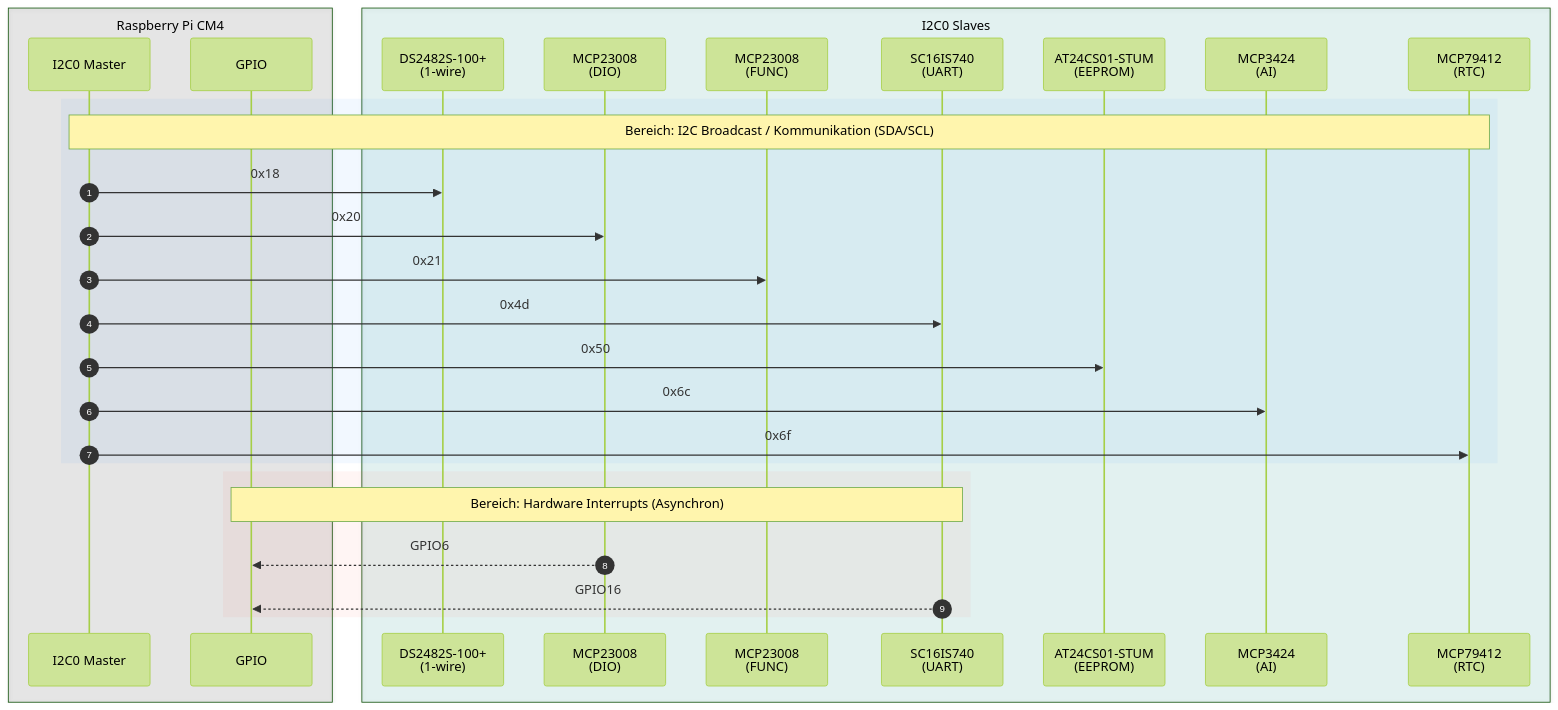
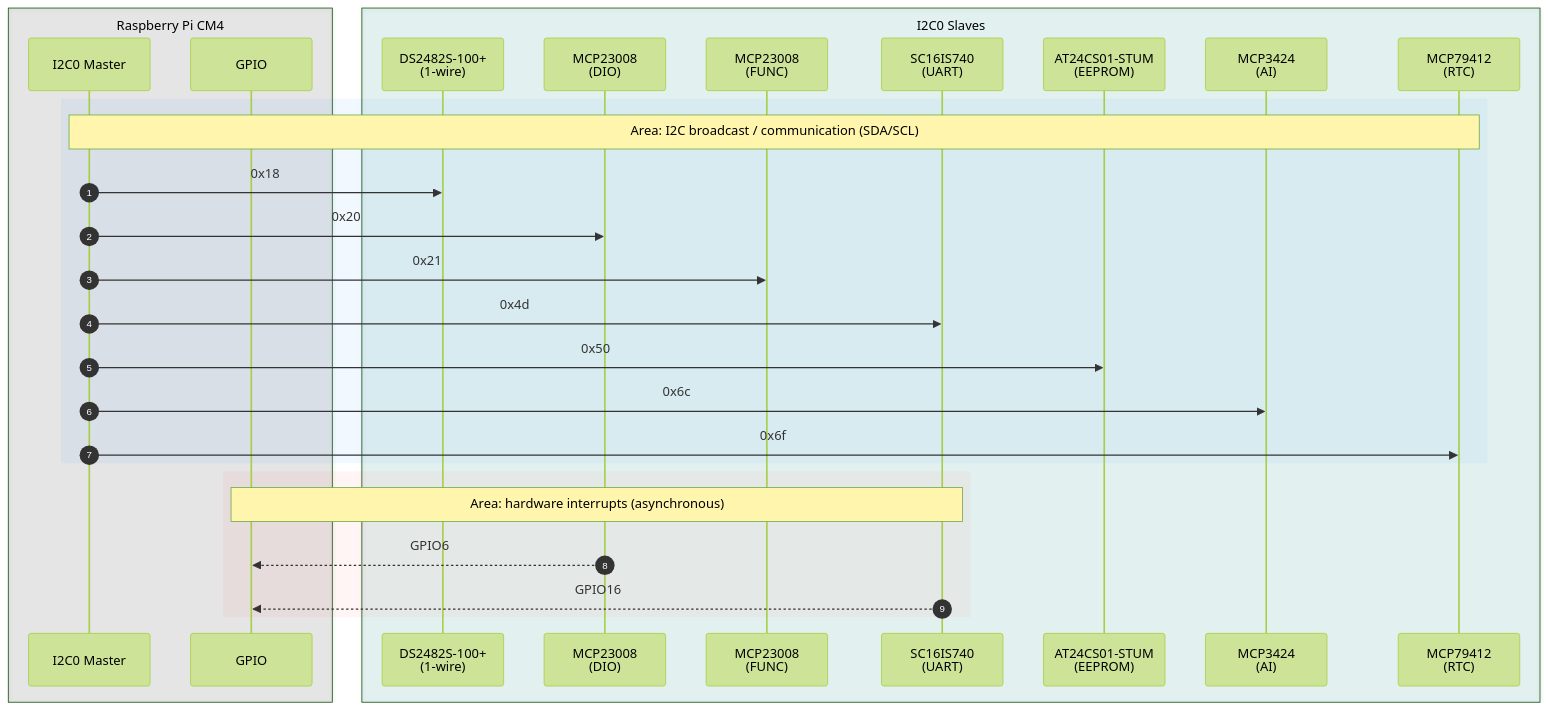
Before and after one commit to bynacon/meta-modberry: the first of 3 diagrams in docs/hardware/M40804W_MAX.md, drawn with Mermaid (forest theme). The commit also changed other lines of this file and 1 other file, not shown here.

Commit message:
docs(hw): translate hardware specification to English

````diff
--- a/docs/hardware/M40804W_MAX.md
+++ b/docs/hardware/M40804W_MAX.md
@@ -101,40 +101,40 @@
 ```mermaid
 sequenceDiagram
     autonumber
 
-    %% OBERER BLOCK: CONTROLLER
+    %% UPPER BLOCK: CONTROLLER
     box rgba(34, 34, 34, 0.1) Raspberry Pi CM4
         participant I2C0 as I2C0 Master
         participant IRQ as GPIO
     end
 
-    %% UNTERER BLOCK: PERIPHERIE
+    %% LOWER BLOCK: PERIPHERALS
     box rgba(0, 150, 136, 0.1) I2C0 Slaves
         participant DEV18 as DS2482S-100+ <br/> (1-wire)
         participant DEV20 as MCP23008 <br/> (DIO)
         participant DEV21 as MCP23008 <br/> (FUNC)
         participant DEV4D as SC16IS740 <br/> (UART)
         participant DEV50 as AT24CS01-STUM <br/> (EEPROM)
         participant DEV6C as MCP3424 <br/> (AI)
         participant DEV6F as MCP79412 <br/> (RTC)
     end
 
-    %% BEREICH 1: I2C-BUS KOMMUNIKATION
+    %% AREA 1: I2C BUS COMMUNICATION
     rect rgba(0, 122, 255, 0.05)
-        Note over I2C0, DEV6F: Bereich: I2C Broadcast / Kommunikation (SDA/SCL)
+        Note over I2C0, DEV6F: Area: I2C broadcast / communication (SDA/SCL)
         I2C0 ->> DEV18: 0x18
         I2C0 ->> DEV20: 0x20
         I2C0 ->> DEV21: 0x21
         I2C0 ->> DEV4D: 0x4d
         I2C0 ->> DEV50: 0x50
         I2C0 ->> DEV6C: 0x6c
         I2C0 ->> DEV6F: 0x6f
     end
 
-    %% BEREICH 2: INTERRUPT SIGNALE
+    %% AREA 2: INTERRUPT SIGNALS
     rect rgba(255, 59, 48, 0.05)
-        Note over IRQ, DEV4D: Bereich: Hardware Interrupts (Asynchron)
+        Note over IRQ, DEV4D: Area: hardware interrupts (asynchronous)
         DEV20 -->> IRQ: GPIO6
         DEV4D -->> IRQ: GPIO16
     end
 ```
````
